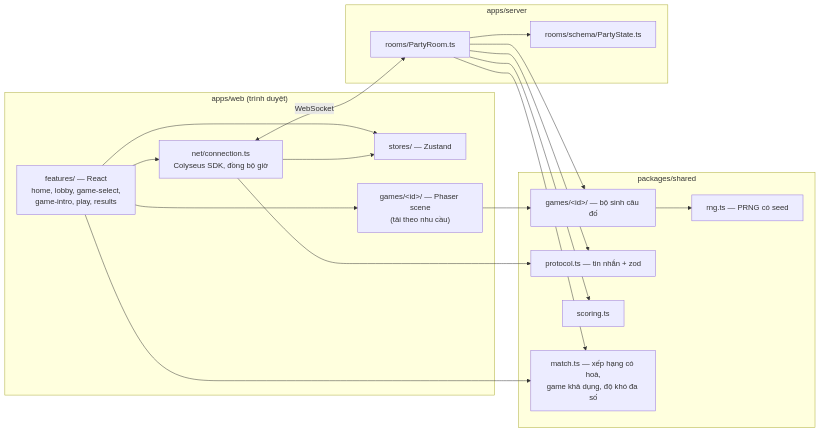
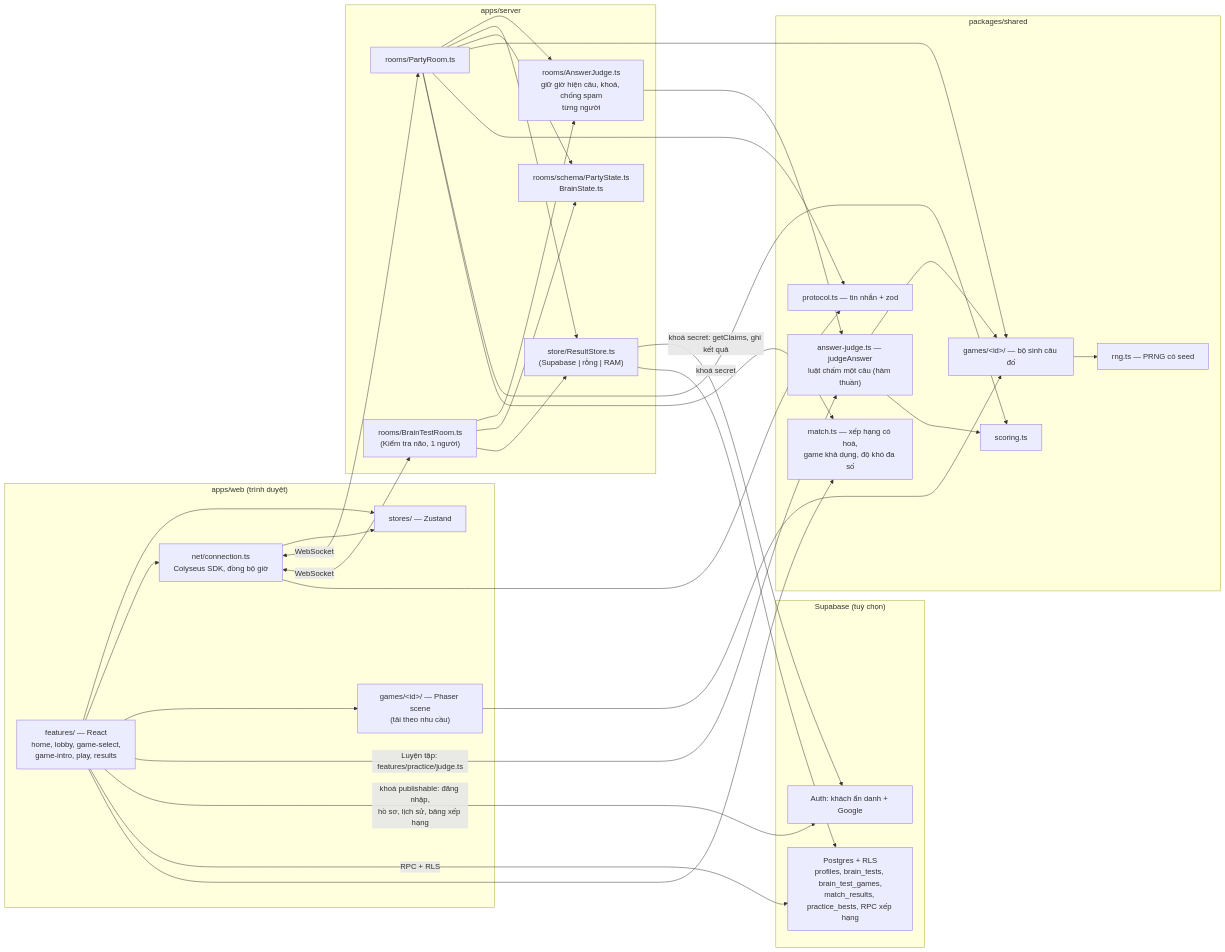
One commit to hungdinh-dev/brain-rizz changed the first of 4 diagrams in docs/02-architecture/overview.md. Above: the diagram before and after it, drawn with Mermaid. The commit also changed other lines of this file and 6 other files, not shown here.

````diff
--- a/docs/02-architecture/overview.md
+++ b/docs/02-architecture/overview.md
@@ -7,34 +9,56 @@
 ```mermaid
 flowchart LR
   subgraph web["apps/web (trình duyệt)"]
     UI["features/ — React<br/>home, lobby, game-select,<br/>game-intro, play, results"]
     STORE["stores/ — Zustand"]
     NET["net/connection.ts<br/>Colyseus SDK, đồng bộ giờ"]
     PH["games/&lt;id&gt;/ — Phaser scene<br/>(tải theo nhu cầu)"]
   end
   subgraph shared["packages/shared"]
     GEN["games/&lt;id&gt;/ — bộ sinh câu đố"]
     PROTO["protocol.ts — tin nhắn + zod"]
     RNG["rng.ts — PRNG có seed"]
     SCORE["scoring.ts"]
+    SJUDGE["answer-judge.ts — judgeAnswer<br/>luật chấm một câu (hàm thuần)"]
     MATCH["match.ts — xếp hạng có hoà,<br/>game khả dụng, độ khó đa số"]
   end
   subgraph server["apps/server"]
     ROOM["rooms/PartyRoom.ts"]
-    STATE["rooms/schema/PartyState.ts"]
+    BRAIN["rooms/BrainTestRoom.ts<br/>(Kiểm tra não, 1 người)"]
+    JUDGE["rooms/AnswerJudge.ts<br/>giữ giờ hiện câu, khoá, chống spam<br/>từng người"]
+    STATE["rooms/schema/PartyState.ts<br/>BrainState.ts"]
+    RSTORE["store/ResultStore.ts<br/>(Supabase | rỗng | RAM)"]
+  end
+  subgraph supa["Supabase (tuỳ chọn)"]
+    AUTH["Auth: khách ẩn danh + Google"]
+    DB["Postgres + RLS<br/>profiles, brain_tests, brain_test_games,<br/>match_results, practice_bests, RPC xếp hạng"]
   end
   UI --> STORE
   NET --> STORE
   UI --> NET
   UI --> PH
   PH --> GEN
   NET <-->|WebSocket| ROOM
+  NET <-->|WebSocket| BRAIN
+  ROOM --> JUDGE
+  BRAIN --> JUDGE
+  JUDGE --> SJUDGE
+  SJUDGE --> GEN
+  SJUDGE --> SCORE
+  UI -->|"Luyện tập: features/practice/judge.ts"| SJUDGE
+  BRAIN --> STATE
+  ROOM --> RSTORE
+  BRAIN --> RSTORE
+  RSTORE -->|"khoá secret: getClaims, ghi kết quả"| AUTH
+  RSTORE -->|khoá secret| DB
+  UI -->|"khoá publishable: đăng nhập,<br/>hồ sơ, lịch sử, bảng xếp hạng"| AUTH
+  UI -->|RPC + RLS| DB
   ROOM --> STATE
   ROOM --> GEN
   ROOM --> PROTO
   ROOM --> SCORE
   ROOM --> MATCH
   UI --> MATCH
   NET --> PROTO
   GEN --> RNG
 ```
````
